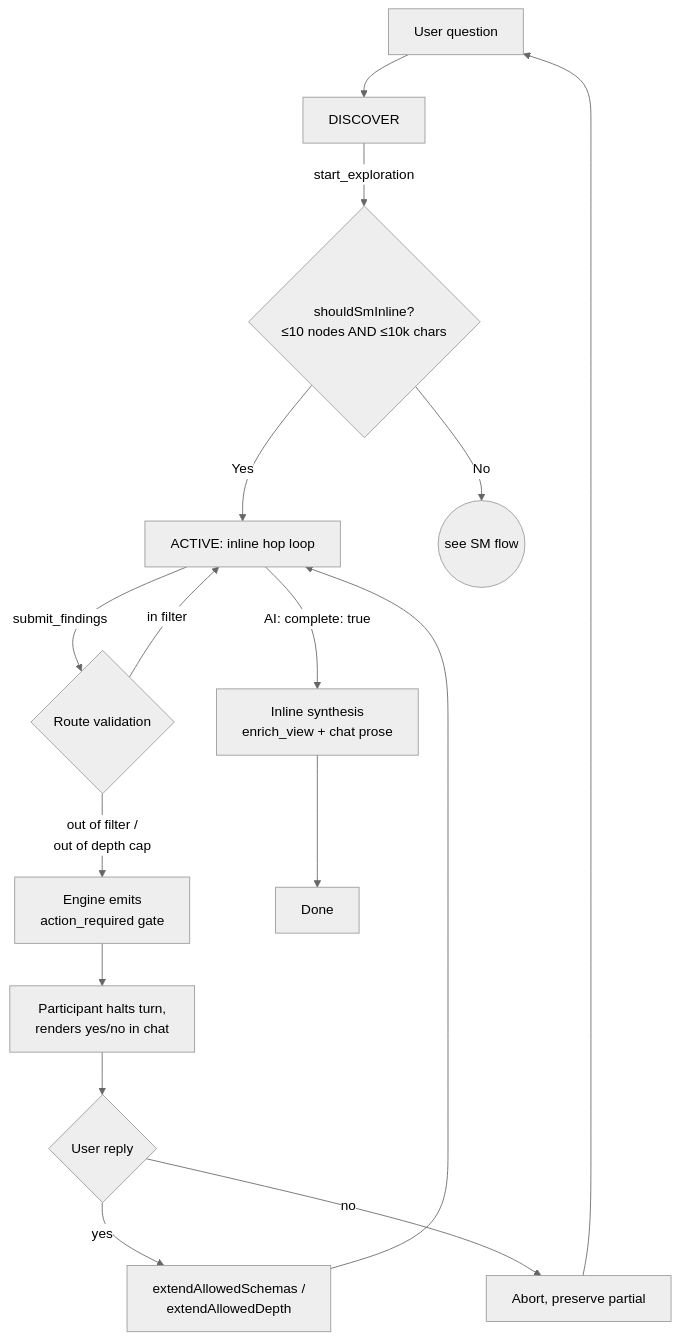
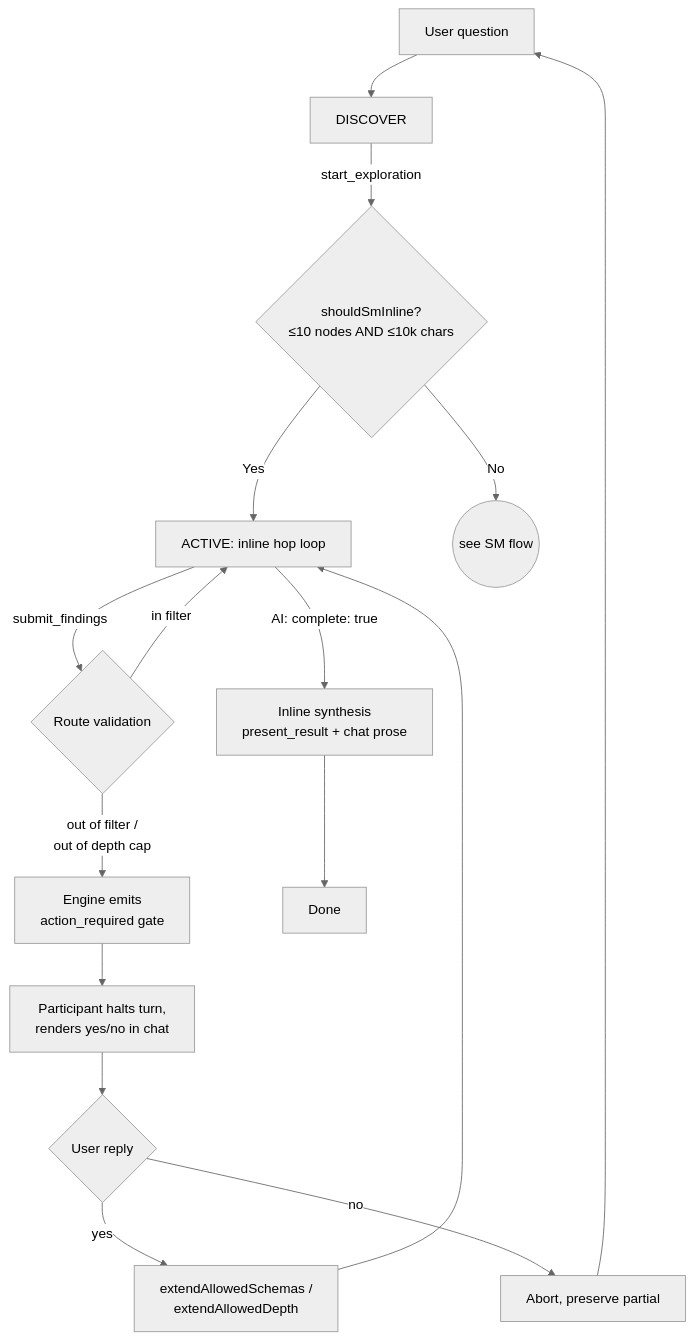
The second of 6 diagrams in docs/AI_ARCHITECTURE.md (ChrisDevRepo/vscode_data_lineage), drawn with Mermaid (neutral theme) before and after one commit. The commit also changed other lines of this file and 42 other files, not shown here.

````diff
--- a/docs/AI_ARCHITECTURE.md
+++ b/docs/AI_ARCHITECTURE.md
@@ -210,18 +207,18 @@
 ```mermaid
 flowchart TD
     U[User question] --> D[DISCOVER]
     D -->|start_exploration| M{shouldSmInline?<br/>≤10 nodes AND ≤10k chars}
     M -- Yes --> IA[ACTIVE: inline hop loop]
     M -- No --> SM((see SM flow))
     IA -->|submit_findings| IV{Route validation}
     IV -- in filter --> IA
     IV -- out of filter /<br/>out of depth cap --> IG[Engine emits<br/>action_required gate]
     IG --> IH[Participant halts turn,<br/>renders yes/no in chat]
     IH --> IR{User reply}
     IR -- yes --> IY[extendAllowedSchemas /<br/>extendAllowedDepth]
     IY --> IA
     IR -- no --> IN[Abort, preserve partial]
     IN --> U
-    IA -->|AI: complete: true| IS[Inline synthesis<br/>enrich_view + chat prose]
+    IA -->|AI: complete: true| IS[Inline synthesis<br/>present_result + chat prose]
     IS --> End[Done]
 ```
````
